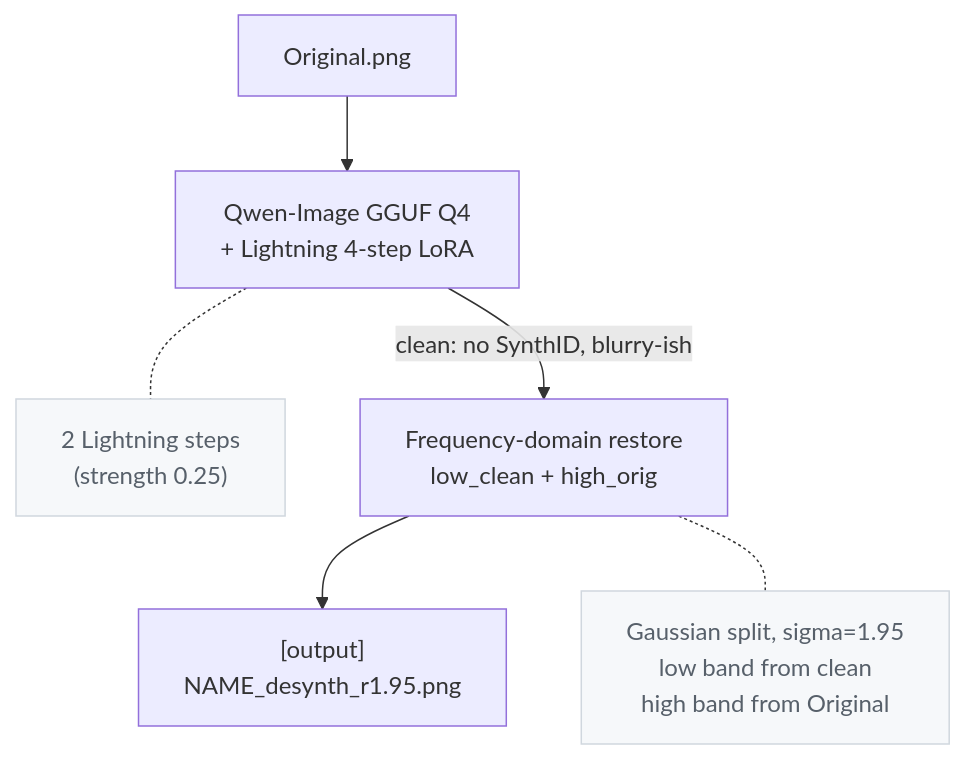
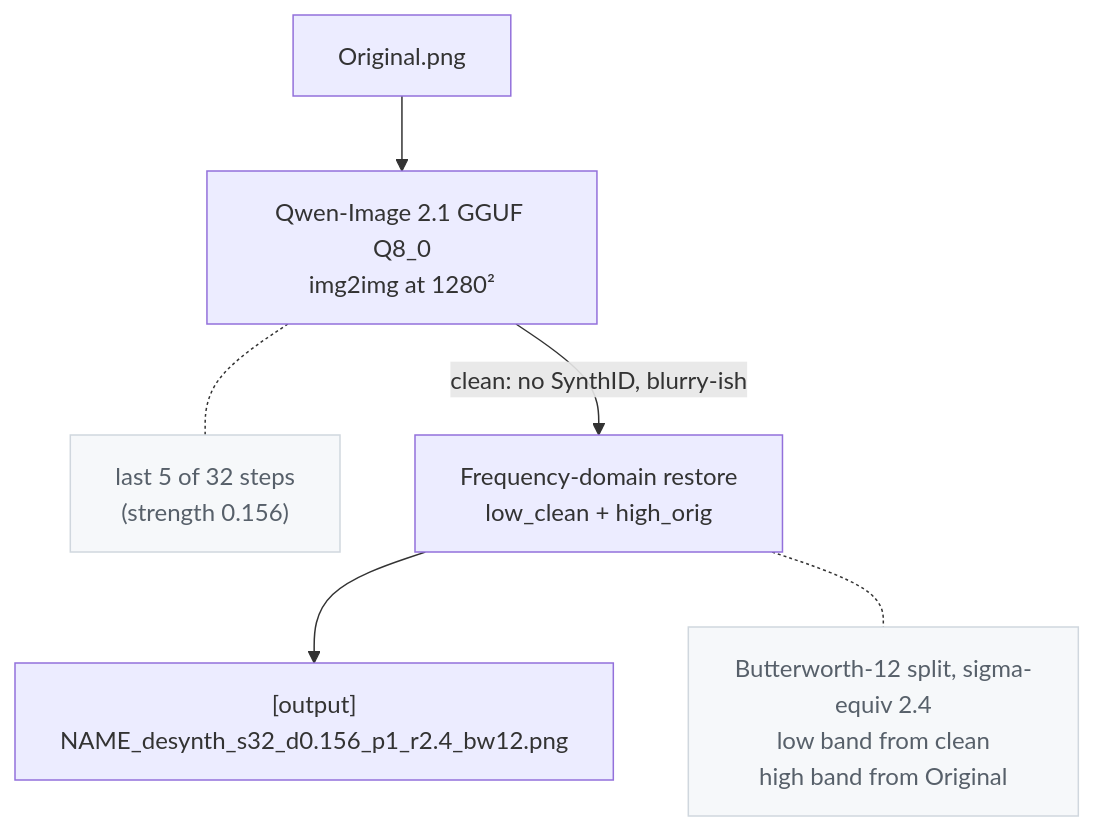
One commit to 0xROOTPLS/DeSynth changed the diagram in README.md. Above: the diagram before and after it, drawn with Mermaid. The commit also changed other lines of this file and 12 other files, not shown here.

First line of the commit message:
Move to Qwen-Image 2.1 with Butterworth restore

````diff
--- a/README.md
+++ b/README.md
@@ -45,18 +40,18 @@
 ```mermaid
 flowchart TD
     A["Original.png"]
-    B["Qwen-Image GGUF Q4<br>+ Lightning 4-step LoRA"]
-    B_note["2 Lightning steps\n(strength 0.25)"]
+    B["Qwen-Image 2.1 GGUF Q8_0<br>img2img at 1280²"]
+    B_note["last 5 of 32 steps\n(strength 0.156)"]
     C["Frequency-domain restore<br>low_clean + high_orig"]
-    C_note["Gaussian split, sigma=1.95<br>low band from clean<br>high band from Original"]
-    D["[output]\nNAME_desynth_r1.95.png"]
+    C_note["Butterworth-12 split, sigma-equiv 2.4<br>low band from clean<br>high band from Original"]
+    D["[output]\nNAME_desynth_s32_d0.156_p1_r2.4_bw12.png"]
 
     A --> B
     B -- "clean: no SynthID, blurry-ish" --> C
     C --> D
     B -.- B_note
     C -.- C_note
 
     classDef note fill:#f6f8fa,stroke:#d0d7de,color:#57606a;
     class B_note,C_note note;
 ```
````
